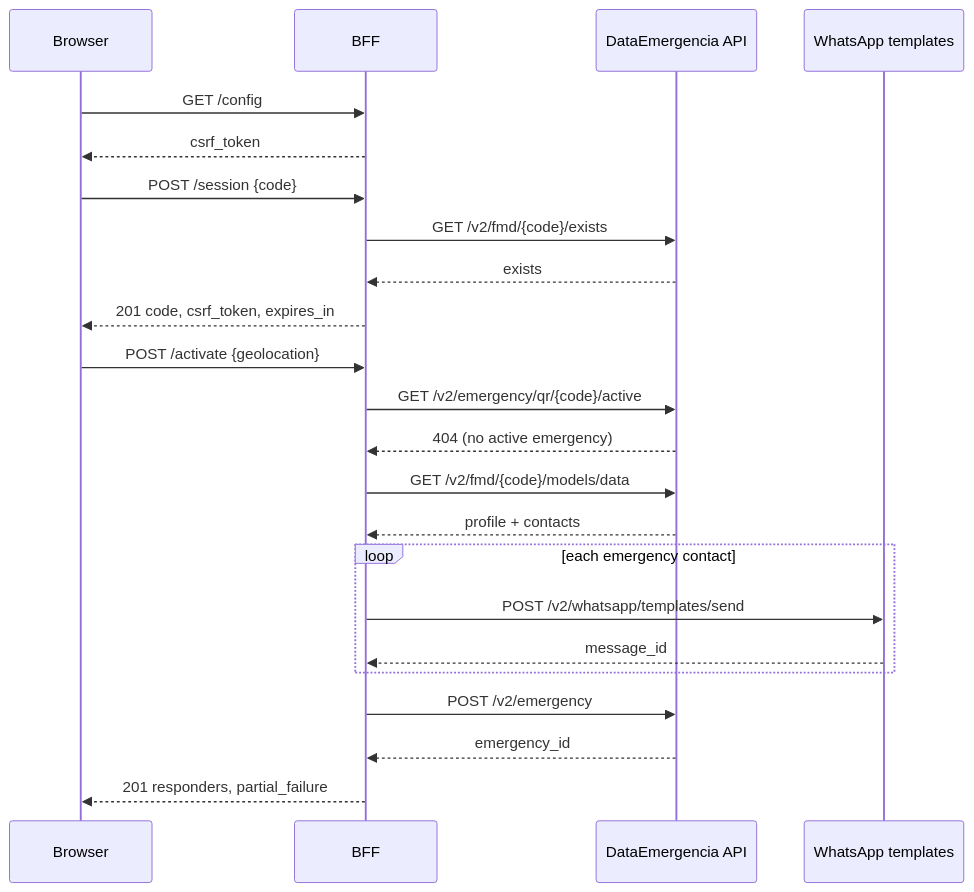
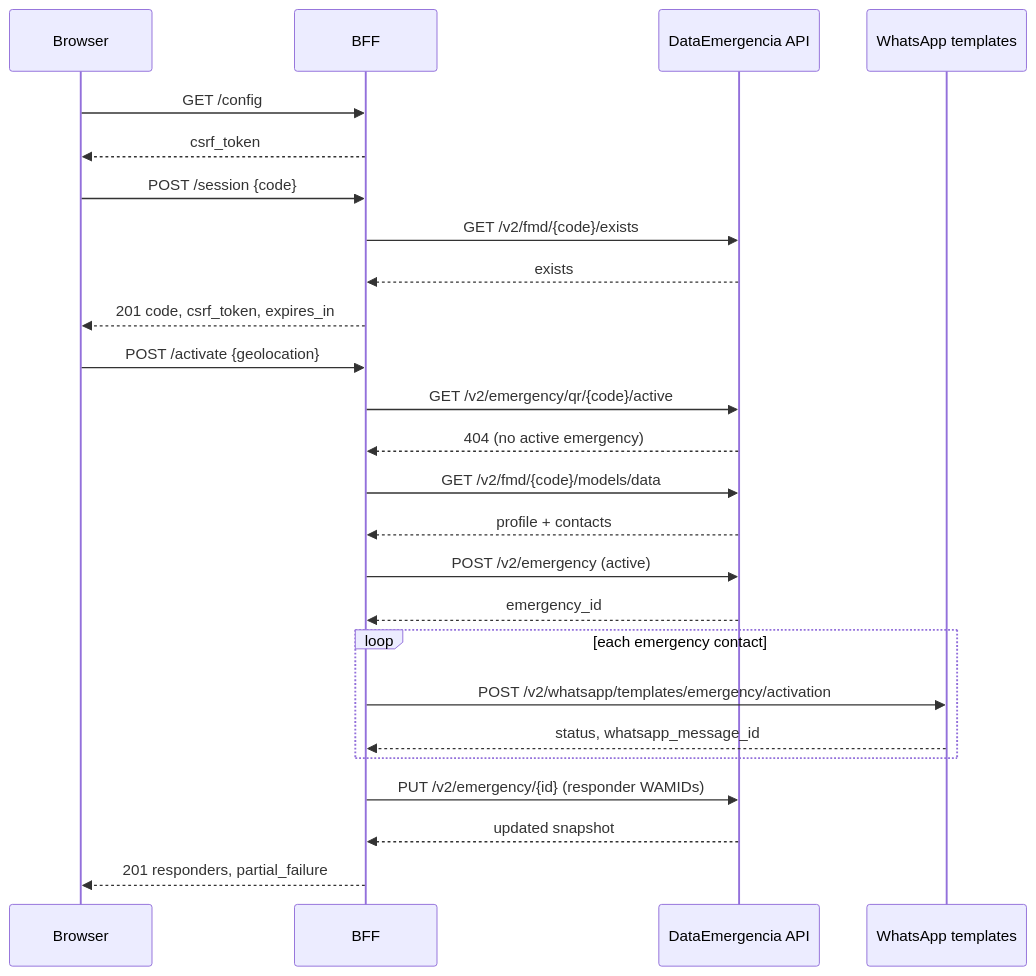
The diagram in docs/bff/activation-flow.md (The-BoxHead-Guy/emergency-bff), drawn with Mermaid before and after one commit. The commit also changed other lines of this file and 26 other files, not shown here.

````diff
--- a/docs/bff/activation-flow.md
+++ b/docs/bff/activation-flow.md
@@ -10,27 +10,29 @@
 ```mermaid
 sequenceDiagram
     participant Browser
     participant BFF
     participant API as DataEmergencia API
     participant WA as WhatsApp templates
 
     Browser->>BFF: GET /config
     BFF-->>Browser: csrf_token
     Browser->>BFF: POST /session {code}
     BFF->>API: GET /v2/fmd/{code}/exists
     API-->>BFF: exists
     BFF-->>Browser: 201 code, csrf_token, expires_in
 
     Browser->>BFF: POST /activate {geolocation}
     BFF->>API: GET /v2/emergency/qr/{code}/active
     API-->>BFF: 404 (no active emergency)
     BFF->>API: GET /v2/fmd/{code}/models/data
     API-->>BFF: profile + contacts
+    BFF->>API: POST /v2/emergency (active)
+    API-->>BFF: emergency_id
     loop each emergency contact
-        BFF->>WA: POST /v2/whatsapp/templates/send
-        WA-->>BFF: message_id
+        BFF->>WA: POST /v2/whatsapp/templates/emergency/activation
+        WA-->>BFF: status, whatsapp_message_id
     end
-    BFF->>API: POST /v2/emergency
-    API-->>BFF: emergency_id
+    BFF->>API: PUT /v2/emergency/{id} (responder WAMIDs)
+    API-->>BFF: updated snapshot
     BFF-->>Browser: 201 responders, partial_failure
 ```
````
